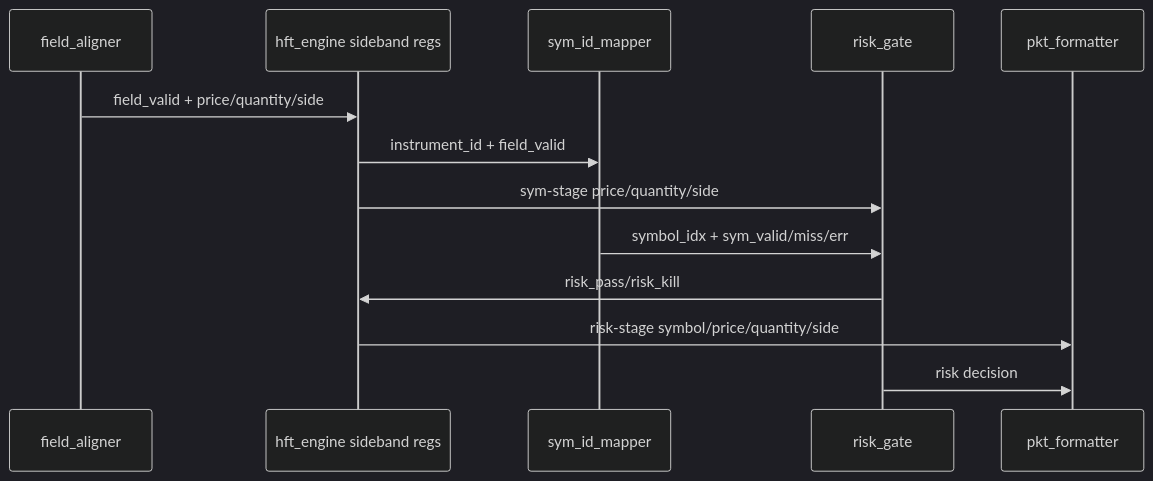
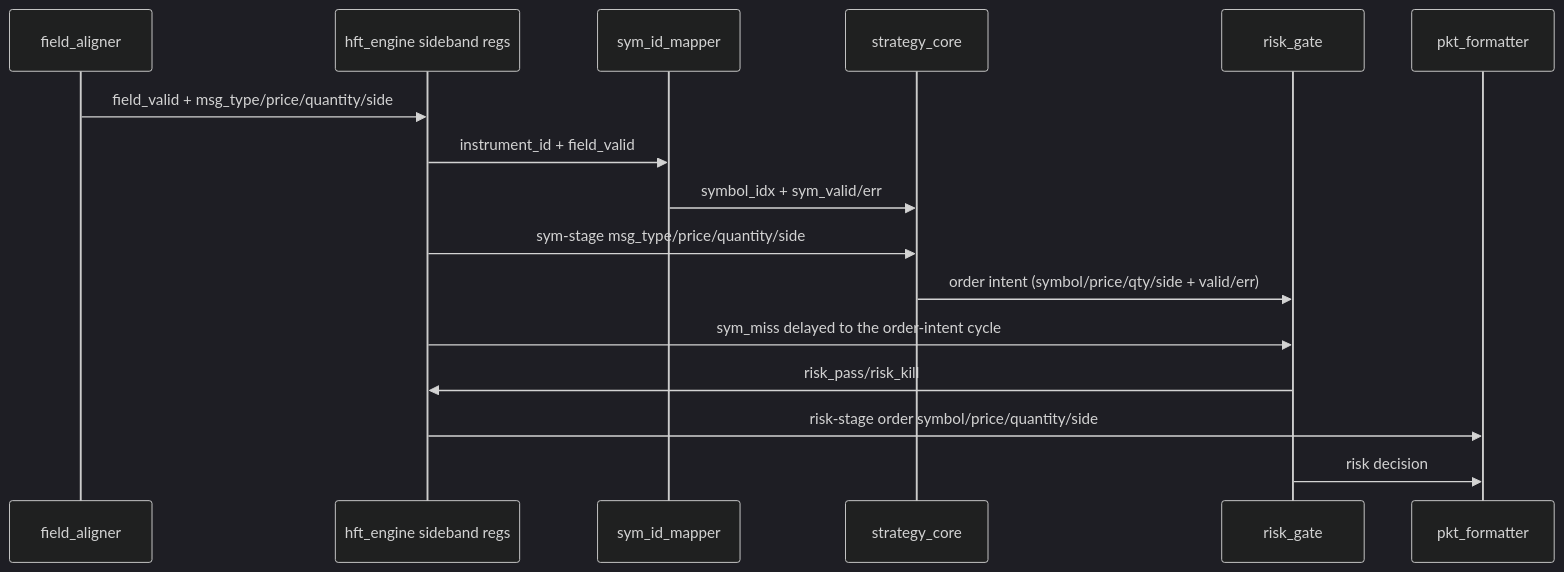
One commit to harellich12/HFT_RTL_design_test changed the third of 3 diagrams in rtl/README.md. Above: the diagram before and after it, drawn with Mermaid (dark theme). The commit also changed other lines of this file and 3 other files, not shown here.

````diff
--- a/rtl/README.md
+++ b/rtl/README.md
@@ -79,16 +80,19 @@
 ```mermaid
 sequenceDiagram
     participant FA as field_aligner
     participant HFT as hft_engine sideband regs
     participant MAP as sym_id_mapper
+    participant STR as strategy_core
     participant RISK as risk_gate
     participant FMT as pkt_formatter
 
-    FA->>HFT: field_valid + price/quantity/side
+    FA->>HFT: field_valid + msg_type/price/quantity/side
     HFT->>MAP: instrument_id + field_valid
-    HFT->>RISK: sym-stage price/quantity/side
-    MAP->>RISK: symbol_idx + sym_valid/miss/err
+    MAP->>STR: symbol_idx + sym_valid/err
+    HFT->>STR: sym-stage msg_type/price/quantity/side
+    STR->>RISK: order intent (symbol/price/qty/side + valid/err)
+    HFT->>RISK: sym_miss delayed to the order-intent cycle
     RISK->>HFT: risk_pass/risk_kill
-    HFT->>FMT: risk-stage symbol/price/quantity/side
+    HFT->>FMT: risk-stage order symbol/price/quantity/side
     RISK->>FMT: risk decision
 ```
````
